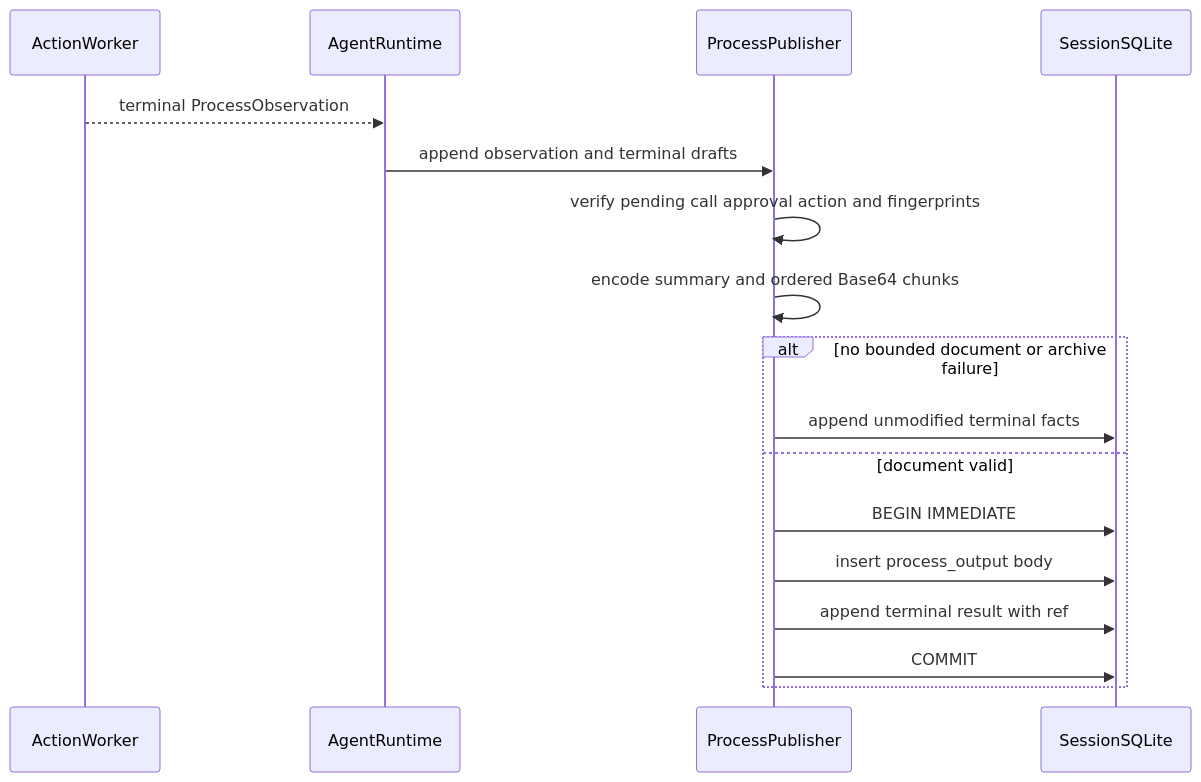
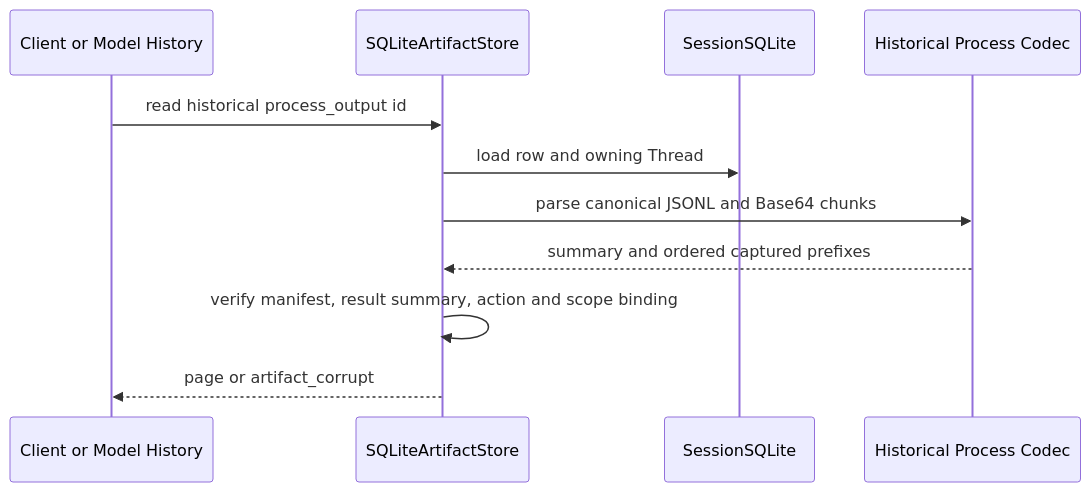
Before and after one commit to carrie1988/Harnessix: the sixth of 9 diagrams in docs/modules/artifacts.md, drawn with Mermaid. The commit also changed other lines of this file and 121 other files, not shown here.

````diff
--- a/docs/modules/artifacts.md
+++ b/docs/modules/artifacts.md
@@ -329,19 +324,13 @@
 ```mermaid
 sequenceDiagram
-    participant W as ActionWorker
-    participant R as AgentRuntime
-    participant P as ProcessPublisher
-    participant D as SessionSQLite
-    W-->>R: terminal ProcessObservation
-    R->>P: append observation and terminal drafts
-    P->>P: verify pending call approval action and fingerprints
-    P->>P: encode summary and ordered Base64 chunks
-    alt no bounded document or archive failure
-      P->>D: append unmodified terminal facts
-    else document valid
-      P->>D: BEGIN IMMEDIATE
-      P->>D: insert process_output body
-      P->>D: append terminal result with ref
-      P->>D: COMMIT
-    end
+    participant C as Client or Model History
+    participant A as SQLiteArtifactStore
+    participant S as SessionSQLite
+    participant P as Historical Process Codec
+    C->>A: read historical process_output id
+    A->>S: load row and owning Thread
+    A->>P: parse canonical JSONL and Base64 chunks
+    P-->>A: summary and ordered captured prefixes
+    A->>A: verify manifest, result summary, action and scope binding
+    A-->>C: page or artifact_corrupt
 ```
````
